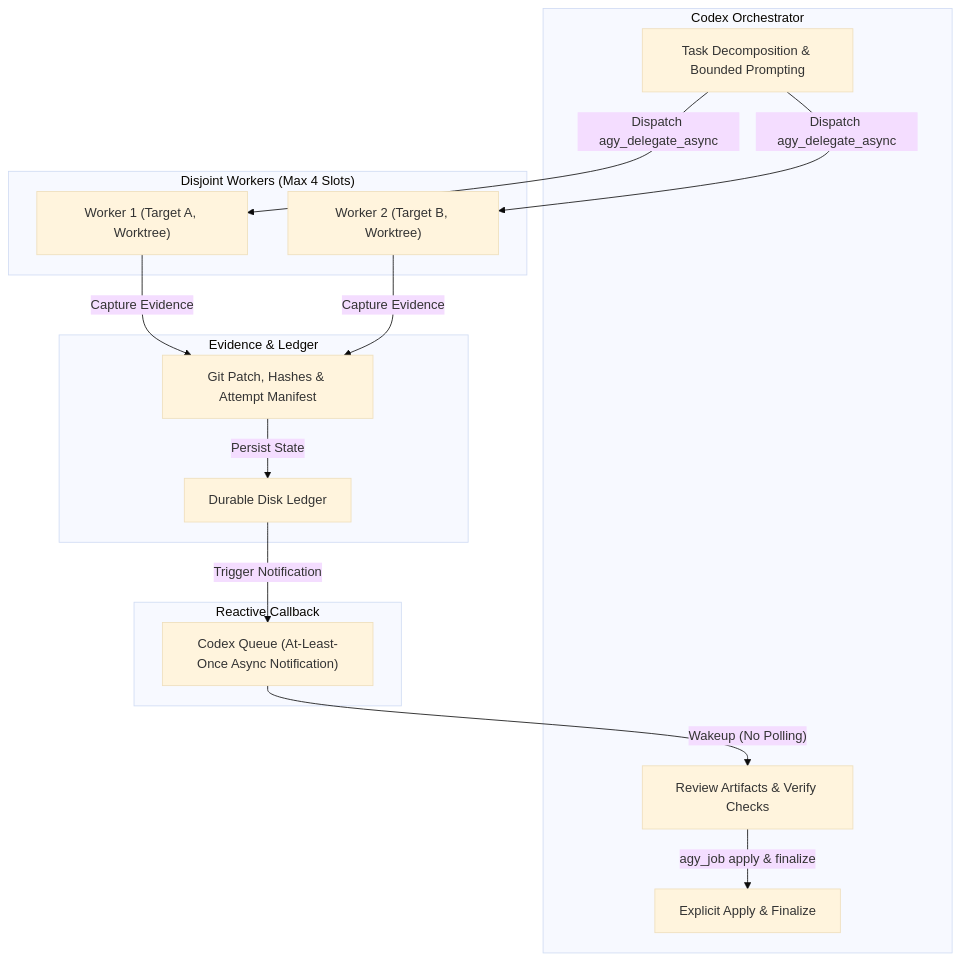
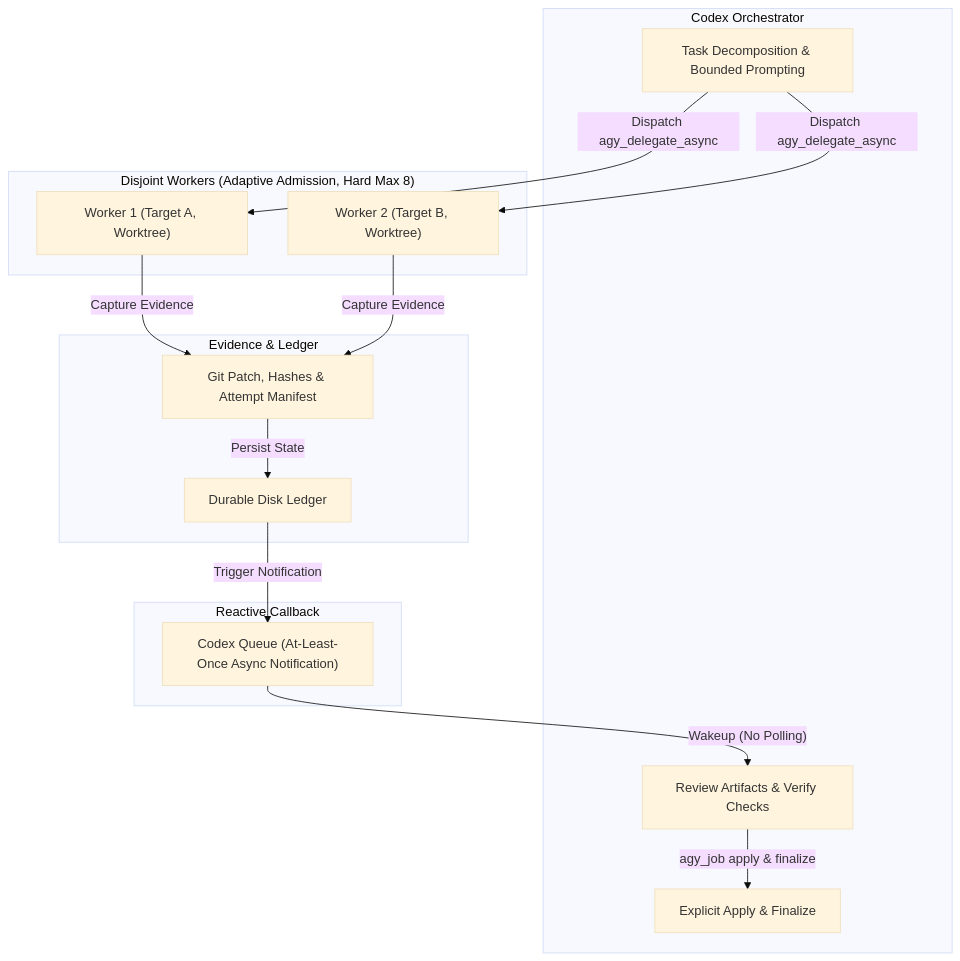
The first of 2 diagrams in README.md (dedsec-terminal/transactional-antigravity-harness), drawn with Mermaid (base theme) before and after one commit. The commit also changed other lines of this file and 4 other files, not shown here.

````diff
--- a/README.md
+++ b/README.md
@@ -18,31 +18,31 @@
 ```mermaid
 flowchart TD
     subgraph Orchestrator["Codex Orchestrator"]
         A["Task Decomposition & Bounded Prompting"]
         G["Review Artifacts & Verify Checks"]
         H["Explicit Apply & Finalize"]
     end
 
-    subgraph Workers["Disjoint Workers (Max 4 Slots)"]
+    subgraph Workers["Disjoint Workers (Adaptive Admission, Hard Max 8)"]
         B["Worker 1 (Target A, Worktree)"]
         C["Worker 2 (Target B, Worktree)"]
     end
 
     subgraph EvidenceLayer["Evidence & Ledger"]
         D["Git Patch, Hashes & Attempt Manifest"]
         E["Durable Disk Ledger"]
     end
 
     subgraph Notification["Reactive Callback"]
         F["Codex Queue (At-Least-Once Async Notification)"]
     end
 
     A -->|"Dispatch agy_delegate_async"| B
     A -->|"Dispatch agy_delegate_async"| C
     B -->|"Capture Evidence"| D
     C -->|"Capture Evidence"| D
     D -->|"Persist State"| E
     E -->|"Trigger Notification"| F
     F -->|"Wakeup (No Polling)"| G
     G -->|"agy_job apply & finalize"| H
 ```
````
